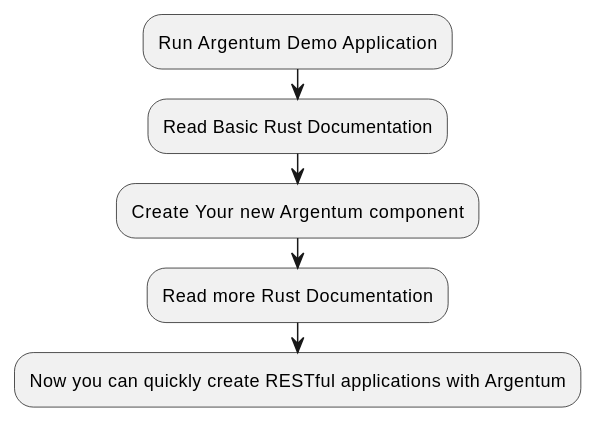
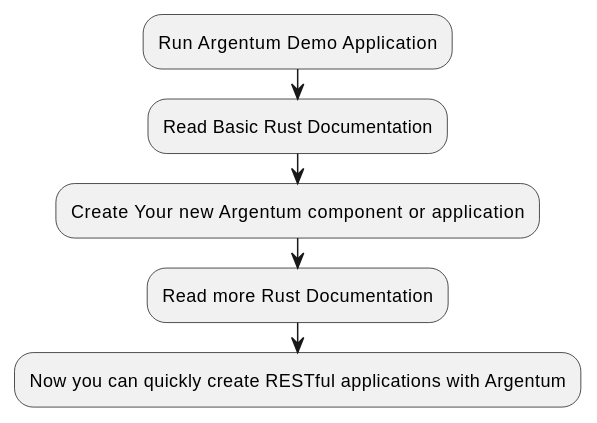
Before and after one commit to argentum-toolkit/argentum: the first of 2 diagrams in readme.adoc, drawn with PlantUML. The commit also changed 9 other files, not shown here.

```diff
--- a/readme.adoc
+++ b/readme.adoc
@@ -15,9 +15,9 @@
 [plantuml, format="svg"]
 ----
 :Run Argentum Demo Application;
 :Read Basic Rust Documentation;
-:Create Your new Argentum component;
+:Create Your new Argentum component or application;
 :Read more Rust Documentation;
 :Now you can quickly create RESTful applications with Argentum;
 
 ----
```
